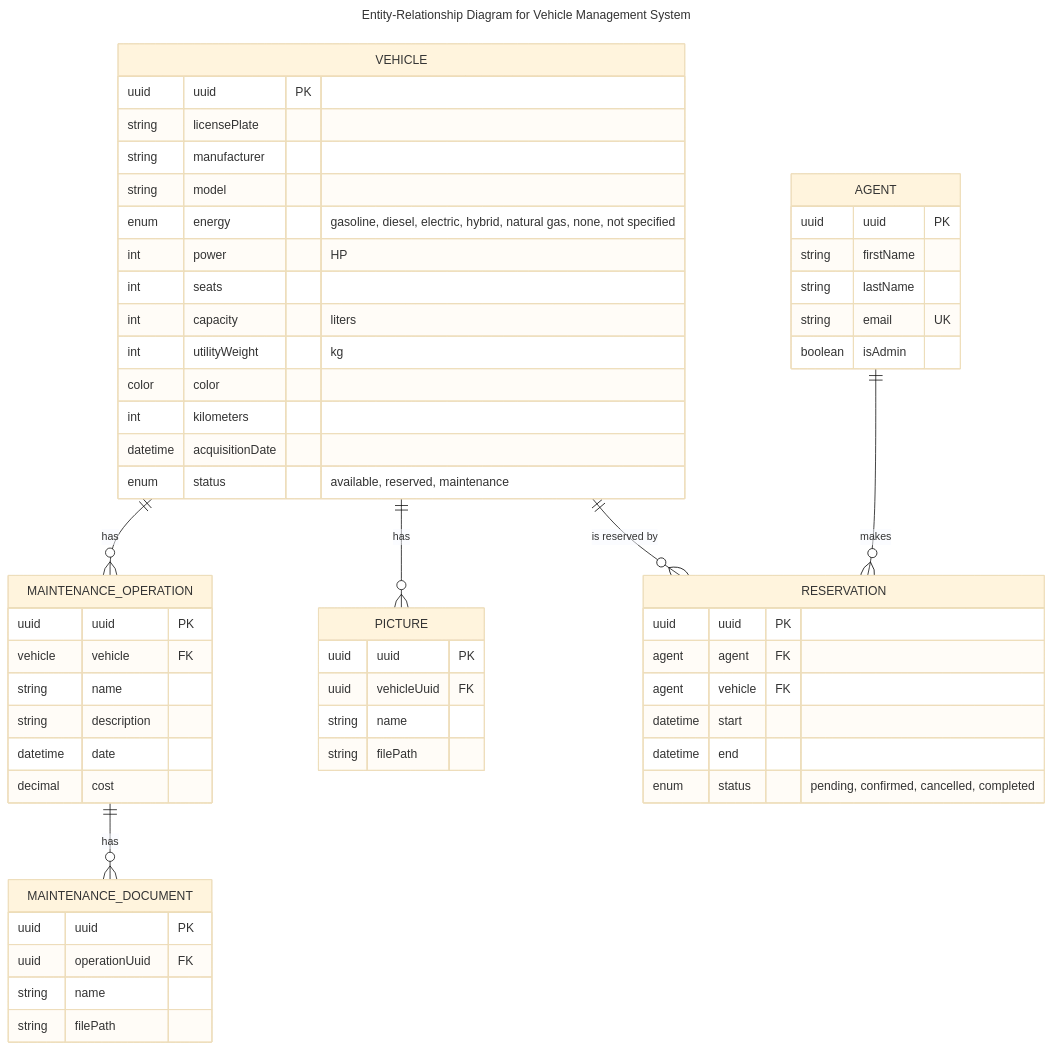
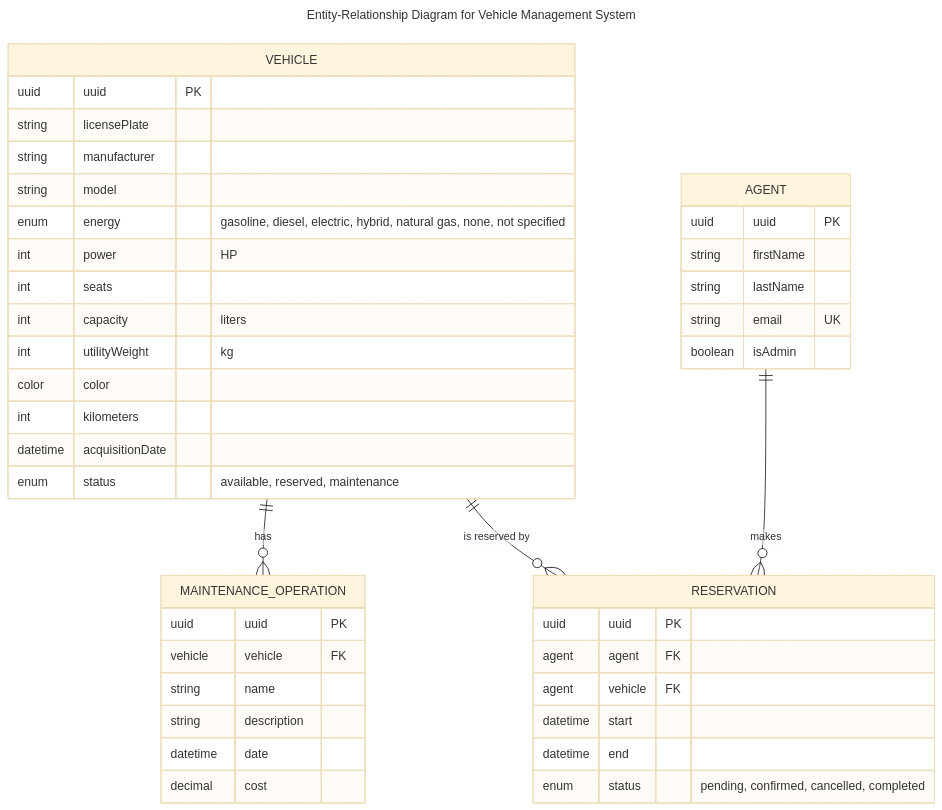
Before and after one commit to NathanFerry/wherethecar: the diagram in docs/domain/er-diagram.md, drawn with Mermaid (base theme).

Commit message:
Updated diagram

````diff
--- a/docs/domain/er-diagram.md
+++ b/docs/domain/er-diagram.md
@@ -1,67 +1,51 @@
 ```mermaid
 ---
 title: Entity-Relationship Diagram for Vehicle Management System
 ---
 erDiagram
     VEHICLE ||--o{ MAINTENANCE_OPERATION : has
-    VEHICLE ||--o{ PICTURE : has
     VEHICLE ||--o{ RESERVATION : "is reserved by"
-    MAINTENANCE_OPERATION ||--o{ MAINTENANCE_DOCUMENT : has
     AGENT ||--o{ RESERVATION : makes
     
     VEHICLE {
         uuid uuid PK
         string licensePlate
         string manufacturer
         string model
         enum energy "gasoline, diesel, electric, hybrid, natural gas, none, not specified"
         int power "HP"
         int seats
         int capacity "liters"
         int utilityWeight "kg"
         color color
         int kilometers
         datetime acquisitionDate
         enum status "available, reserved, maintenance"
     }
     
-    PICTURE {
-        uuid uuid PK
-        uuid vehicleUuid FK
-        string name
-        string filePath
-    }
-    
     MAINTENANCE_OPERATION {
         uuid uuid PK
         vehicle vehicle FK
         string name
         string description
         datetime date
         decimal cost
-    }
-    
-    MAINTENANCE_DOCUMENT {
-        uuid uuid PK
-        uuid operationUuid FK
-        string name
-        string filePath
     }
     
     AGENT {
         uuid uuid PK
         string firstName
         string lastName
         string email UK
         boolean isAdmin
     }
     
     RESERVATION {
         uuid uuid PK
         agent agent FK
         agent vehicle FK
         datetime start
         datetime end
         enum status "pending, confirmed, cancelled, completed"
     }
 ```
````
